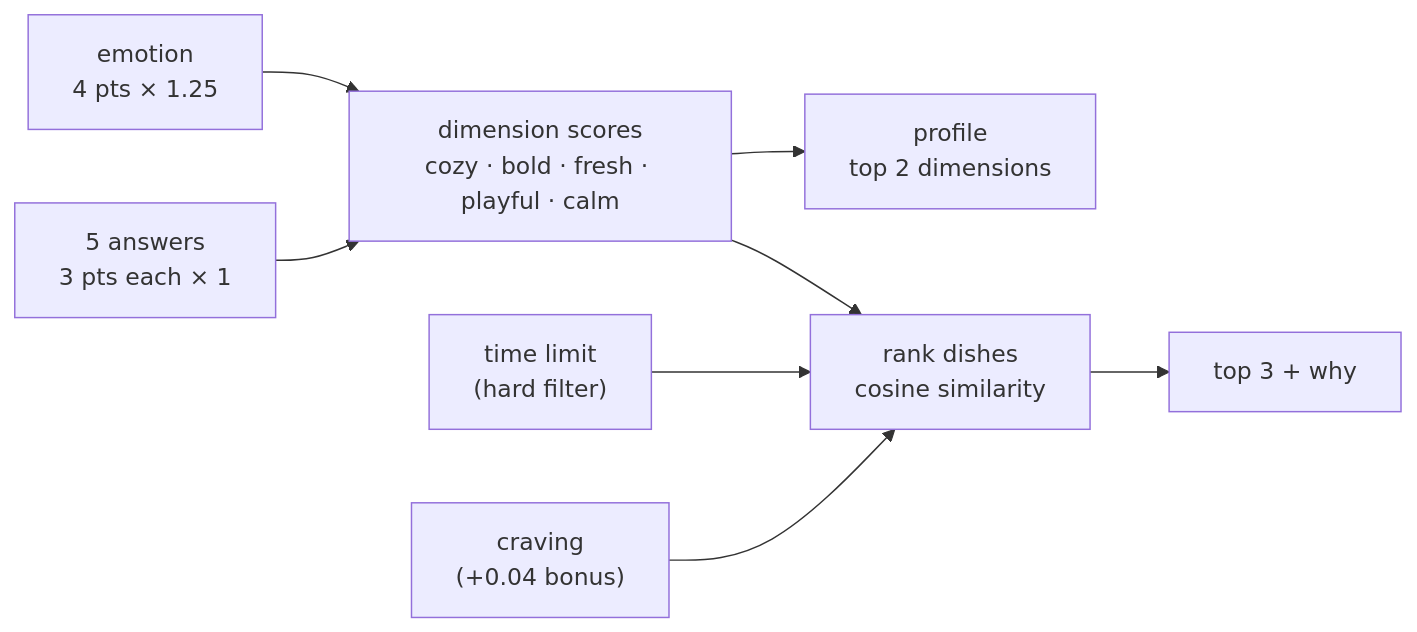
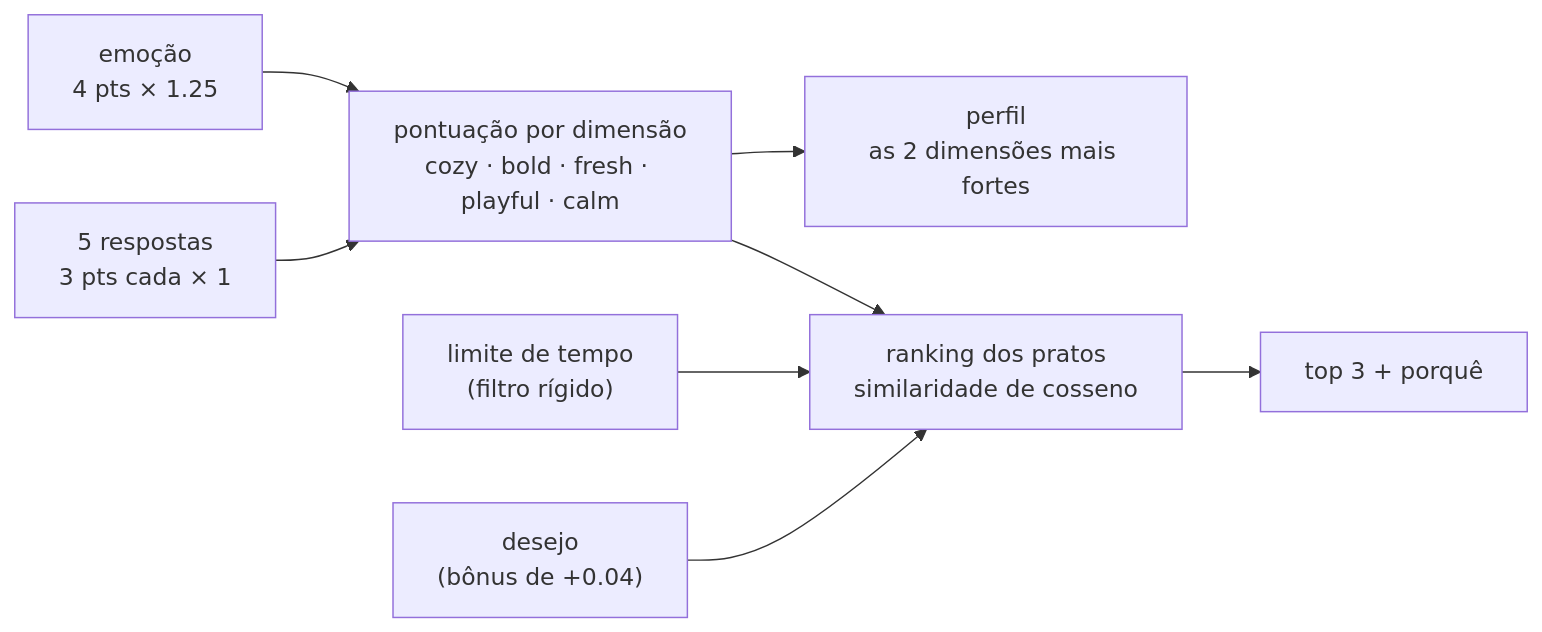
One commit to murillobazz/mood-engine changed the diagram in README.md. Above: the diagram before and after it, drawn with Mermaid. The commit also changed other lines of this file and 19 other files, not shown here.

````diff
--- a/README.md
+++ b/README.md
@@ -24,10 +26,10 @@
 ```mermaid
 flowchart LR
-  E["emotion<br/>4 pts × 1.25"] --> S
-  Q["5 answers<br/>3 pts each × 1"] --> S
-  S["dimension scores<br/>cozy · bold · fresh · playful · calm"] --> P["profile<br/>top 2 dimensions"]
-  S --> R["rank dishes<br/>cosine similarity"]
-  F["time limit<br/>(hard filter)"] --> R
-  C["craving<br/>(+0.04 bonus)"] --> R
-  R --> T["top 3 + why"]
+  E["emoção<br/>4 pts × 1.25"] --> S
+  Q["5 respostas<br/>3 pts cada × 1"] --> S
+  S["pontuação por dimensão<br/>cozy · bold · fresh · playful · calm"] --> P["perfil<br/>as 2 dimensões mais fortes"]
+  S --> R["ranking dos pratos<br/>similaridade de cosseno"]
+  F["limite de tempo<br/>(filtro rígido)"] --> R
+  C["desejo<br/>(bônus de +0.04)"] --> R
+  R --> T["top 3 + porquê"]
 ```
````
